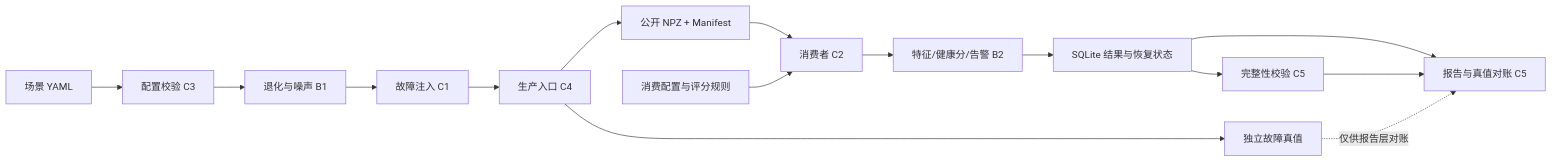
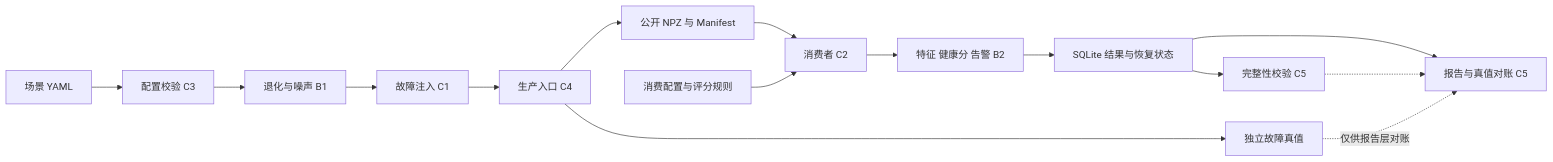
Before and after one commit to Zhu-ShuH/g15-predictive-maintenance: the first of 2 diagrams in docs/architecture.md, drawn with Mermaid. The commit also changed other lines of this file and 1 other file, not shown here.

````diff
--- a/docs/architecture.md
+++ b/docs/architecture.md
@@ -9,17 +11,17 @@
 ```mermaid
 flowchart LR
     SC[场景 YAML] --> CFG[配置校验 C3]
     CFG --> SIM[退化与噪声 B1]
     SIM --> FAULT[故障注入 C1]
     FAULT --> PROD[生产入口 C4]
-    PROD --> RAW[公开 NPZ + Manifest]
+    PROD --> RAW[公开 NPZ 与 Manifest]
     PROD --> TRUTH[独立故障真值]
     RAW --> CONS[消费者 C2]
     CC[消费配置与评分规则] --> CONS
-    CONS --> ANALYSIS[特征/健康分/告警 B2]
+    CONS --> ANALYSIS[特征 健康分 告警 B2]
     ANALYSIS --> DB[SQLite 结果与恢复状态]
     DB --> REPORT[报告与真值对账 C5]
     TRUTH -. 仅供报告层对账 .-> REPORT
     DB --> VERIFY[完整性校验 C5]
-    VERIFY --> REPORT
+    VERIFY -.-> REPORT
 ```
````
